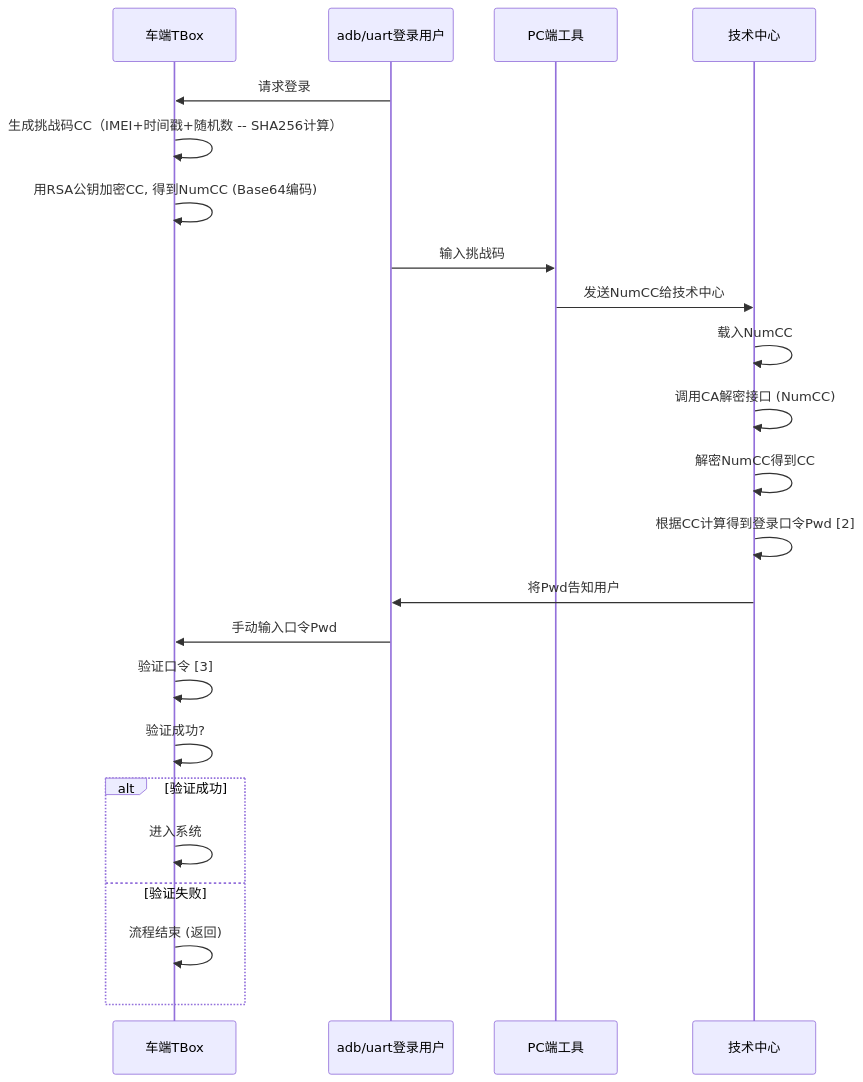
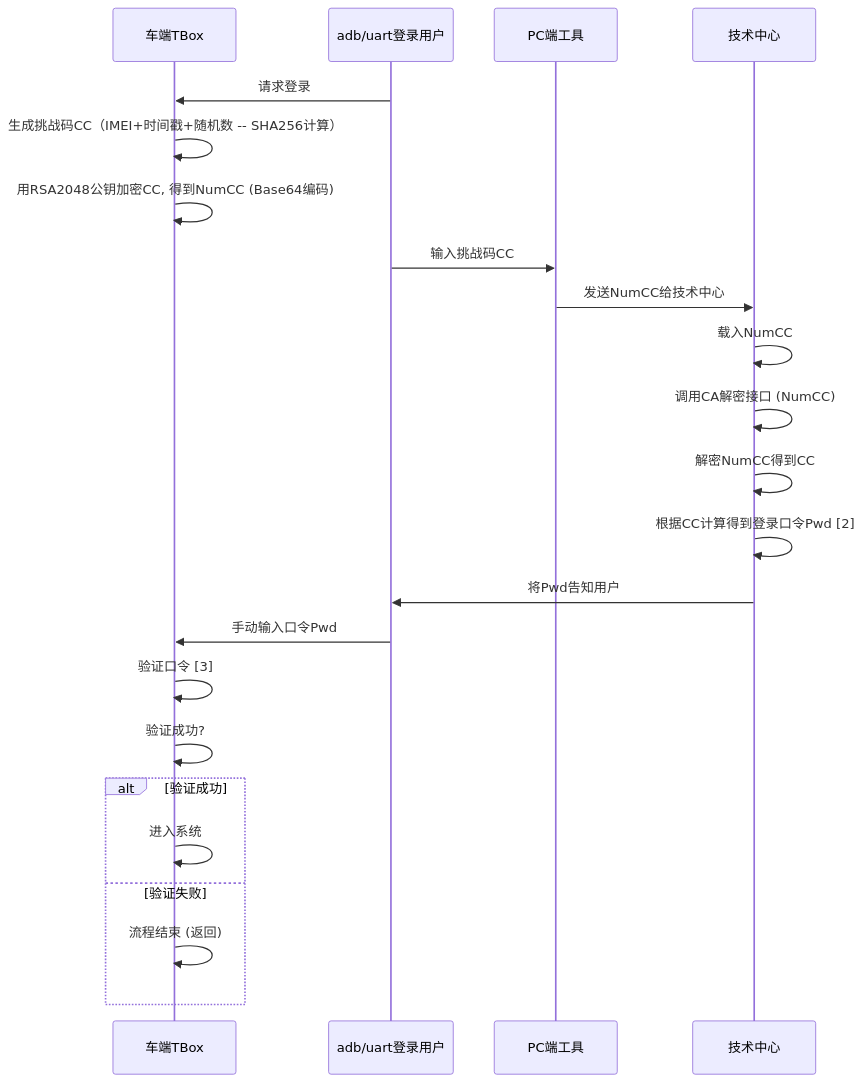
The diagram in all/未命名-13.md (facebook-cloud/iodraw-files), drawn with Mermaid before and after one commit.

Commit message:
2026-01-26 18:54:00 update

````diff
--- a/all/未命名-13.md
+++ b/all/未命名-13.md
@@ -1,29 +1,29 @@
 ```mermaid
 sequenceDiagram
     participant tbox as 车端TBox
     participant user as adb/uart登录用户
     participant pc as PC端工具
     participant tech_center as 技术中心
   
 
     user->>tbox: 请求登录
     tbox->>tbox: 生成挑战码CC（IMEI+时间戳+随机数 -- SHA256计算）
-    tbox->>tbox: 用RSA公钥加密CC, 得到NumCC (Base64编码)
-    user->>pc: 输入挑战码
+    tbox->>tbox: 用RSA2048公钥加密CC, 得到NumCC (Base64编码)
+    user->>pc: 输入挑战码CC
     pc->>tech_center: 发送NumCC给技术中心
     tech_center->>tech_center: 载入NumCC
     tech_center->>tech_center: 调用CA解密接口 (NumCC)
     tech_center->>tech_center: 解密NumCC得到CC
     tech_center->>tech_center: 根据CC计算得到登录口令Pwd [2]
     tech_center->>user: 将Pwd告知用户
     user->>tbox: 手动输入口令Pwd
     tbox->>tbox: 验证口令 [3]
     tbox->>tbox: 验证成功?
     alt 验证成功
         tbox->>tbox: 进入系统
     else 验证失败
         tbox->>tbox: 流程结束 (返回)
     end
 
 
 ```
````
